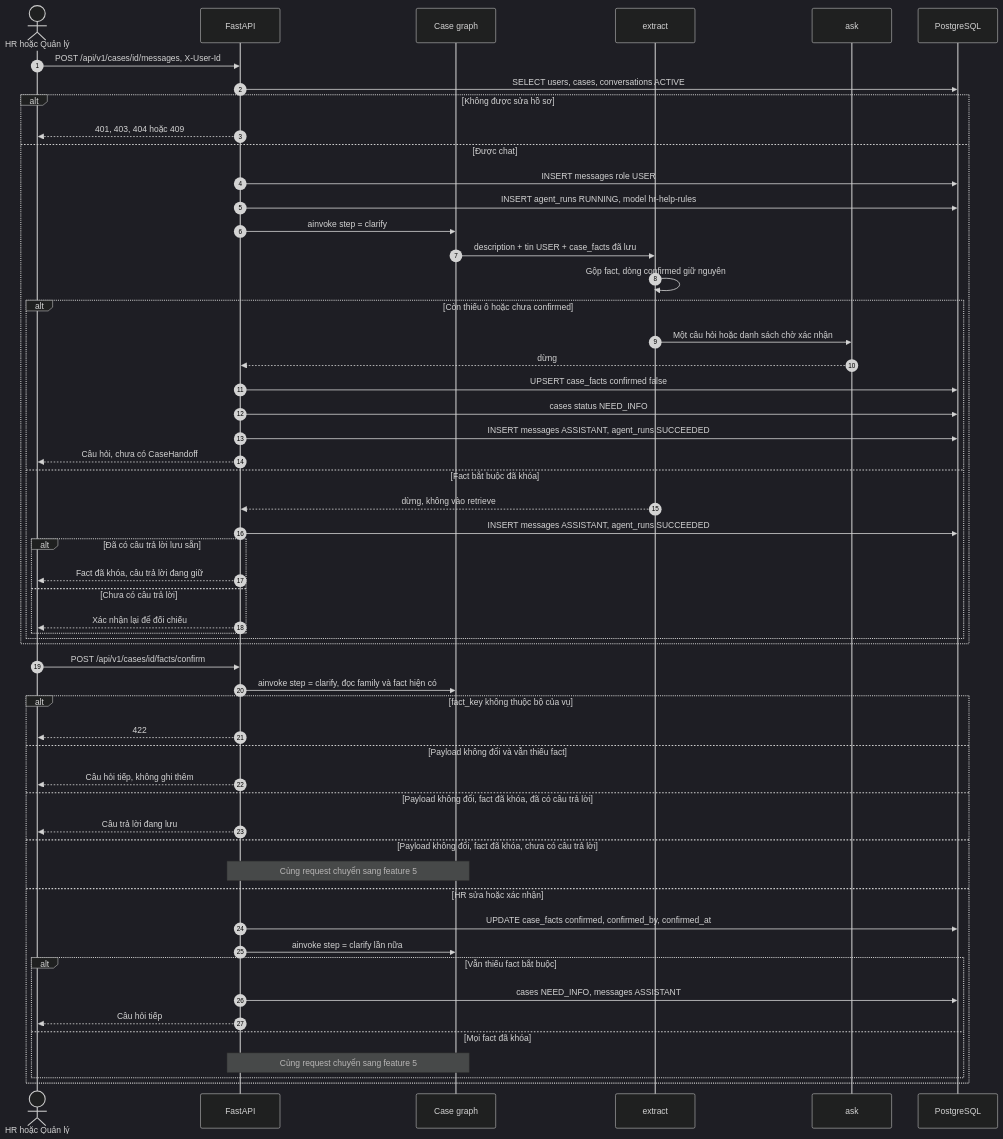
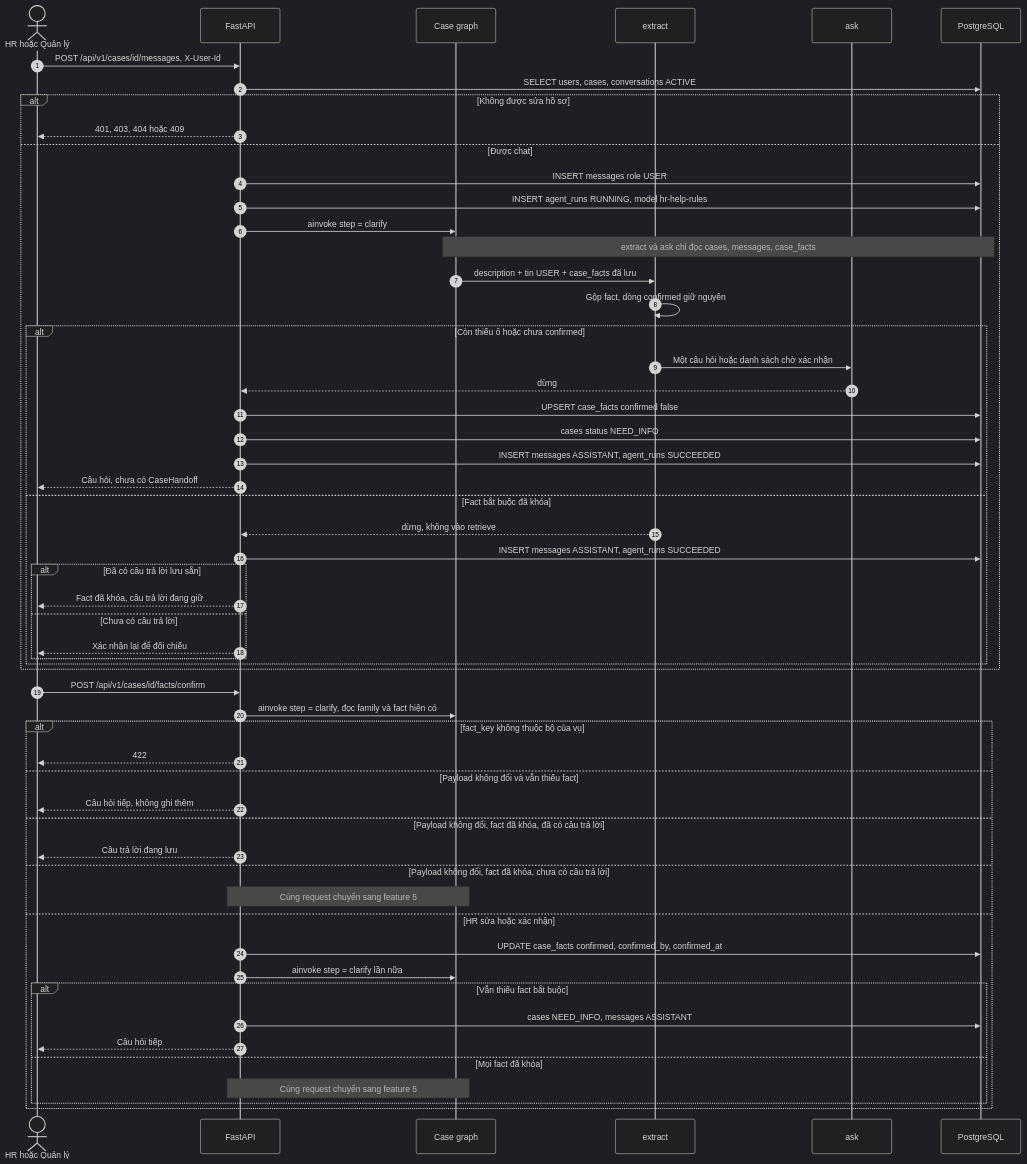
The fourth of 15 diagrams in docs/features/features.md (Tuan-Nguyen-Minhh/HRHelp), drawn with Mermaid (dark theme) before and after one commit. The commit also changed other lines of this file and 7 other files, not shown here.

````diff
--- a/docs/features/features.md
+++ b/docs/features/features.md
@@ -233,59 +236,60 @@
 ```mermaid
 sequenceDiagram
     autonumber
     actor HR as HR hoặc Quản lý
     participant API as FastAPI
     participant CG as Case graph
     participant EX as extract
     participant ASK as ask
     participant DB as PostgreSQL
 
     HR->>API: POST /api/v1/cases/id/messages, X-User-Id
     API->>DB: SELECT users, cases, conversations ACTIVE
     alt Không được sửa hồ sơ
         API-->>HR: 401, 403, 404 hoặc 409
     else Được chat
         API->>DB: INSERT messages role USER
         API->>DB: INSERT agent_runs RUNNING, model hr-help-rules
         API->>CG: ainvoke step = clarify
+        Note over CG,DB: extract và ask chỉ đọc cases, messages, case_facts
         CG->>EX: description + tin USER + case_facts đã lưu
         EX->>EX: Gộp fact, dòng confirmed giữ nguyên
         alt Còn thiếu ô hoặc chưa confirmed
             EX->>ASK: Một câu hỏi hoặc danh sách chờ xác nhận
             ASK-->>API: dừng
             API->>DB: UPSERT case_facts confirmed false
             API->>DB: cases status NEED_INFO
             API->>DB: INSERT messages ASSISTANT, agent_runs SUCCEEDED
             API-->>HR: Câu hỏi, chưa có CaseHandoff
         else Fact bắt buộc đã khóa
             EX-->>API: dừng, không vào retrieve
             API->>DB: INSERT messages ASSISTANT, agent_runs SUCCEEDED
             alt Đã có câu trả lời lưu sẵn
                 API-->>HR: Fact đã khóa, câu trả lời đang giữ
             else Chưa có câu trả lời
                 API-->>HR: Xác nhận lại để đối chiếu
             end
         end
     end
 
     HR->>API: POST /api/v1/cases/id/facts/confirm
     API->>CG: ainvoke step = clarify, đọc family và fact hiện có
     alt fact_key không thuộc bộ của vụ
         API-->>HR: 422
     else Payload không đổi và vẫn thiếu fact
         API-->>HR: Câu hỏi tiếp, không ghi thêm
     else Payload không đổi, fact đã khóa, đã có câu trả lời
         API-->>HR: Câu trả lời đang lưu
     else Payload không đổi, fact đã khóa, chưa có câu trả lời
         Note over API,CG: Cùng request chuyển sang feature 5
     else HR sửa hoặc xác nhận
         API->>DB: UPDATE case_facts confirmed, confirmed_by, confirmed_at
         API->>CG: ainvoke step = clarify lần nữa
         alt Vẫn thiếu fact bắt buộc
             API->>DB: cases NEED_INFO, messages ASSISTANT
             API-->>HR: Câu hỏi tiếp
         else Mọi fact đã khóa
             Note over API,CG: Cùng request chuyển sang feature 5
         end
     end
 ```
````
